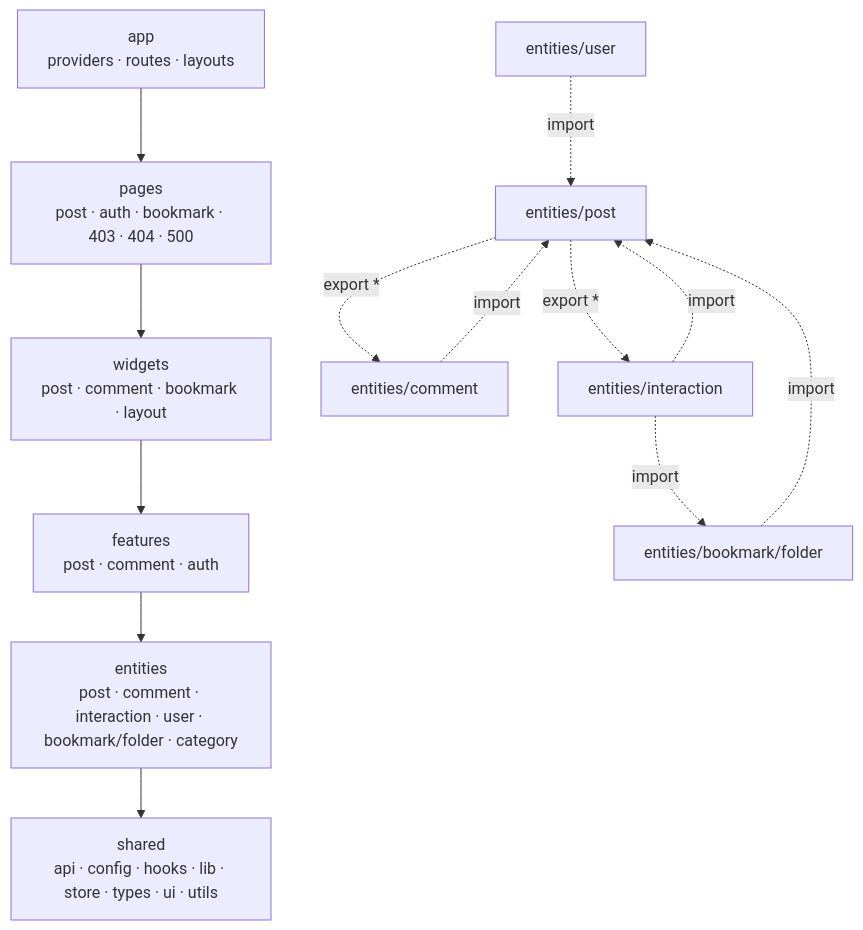
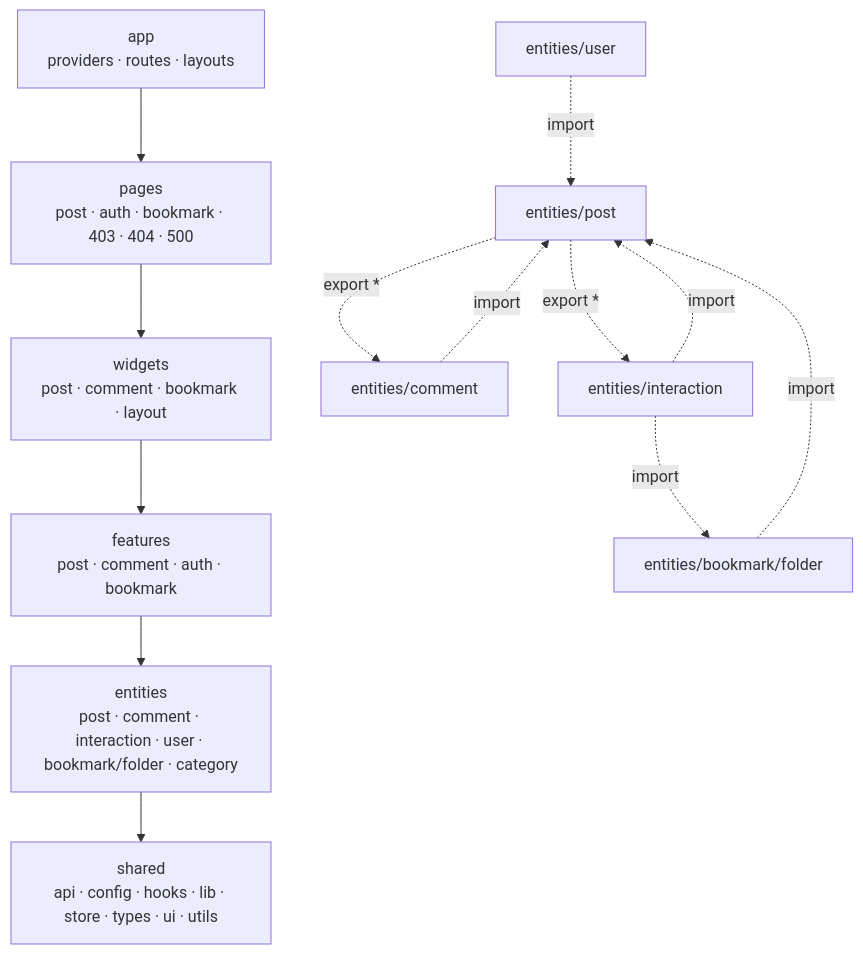
The diagram in docs/FE-ARCHITECTURE.md (BAECHAN/link-sphere_FE_NEW), drawn with Mermaid before and after one commit. The commit also changed other lines of this file and 9 other files, not shown here.

First line of the commit message:
refactor(bookmark): post/bookmark 액션 슬라이스를 bookmark 도메인 그룹으로 승격

````diff
--- a/docs/FE-ARCHITECTURE.md
+++ b/docs/FE-ARCHITECTURE.md
@@ -58,16 +58,16 @@
 ```mermaid
 flowchart TD
   App["app<br/>providers · routes · layouts"] --> Pages["pages<br/>post · auth · bookmark · 403 · 404 · 500"]
   Pages --> Widgets["widgets<br/>post · comment · bookmark · layout"]
-  Widgets --> Features["features<br/>post · comment · auth"]
+  Widgets --> Features["features<br/>post · comment · auth · bookmark"]
   Features --> Entities["entities<br/>post · comment · interaction · user · bookmark/folder · category"]
   Entities --> Shared["shared<br/>api · config · hooks · lib · store · types · ui · utils"]
 
   EPost["entities/post"] -.export *.-> EComment["entities/comment"]
   EPost -.export *.-> EInteraction["entities/interaction"]
   EFolder["entities/bookmark/folder"] -.import.-> EPost
   EComment -.import.-> EPost
   EInteraction -.import.-> EPost
   EInteraction -.import.-> EFolder
   EUser["entities/user"] -.import.-> EPost
 ```
````
